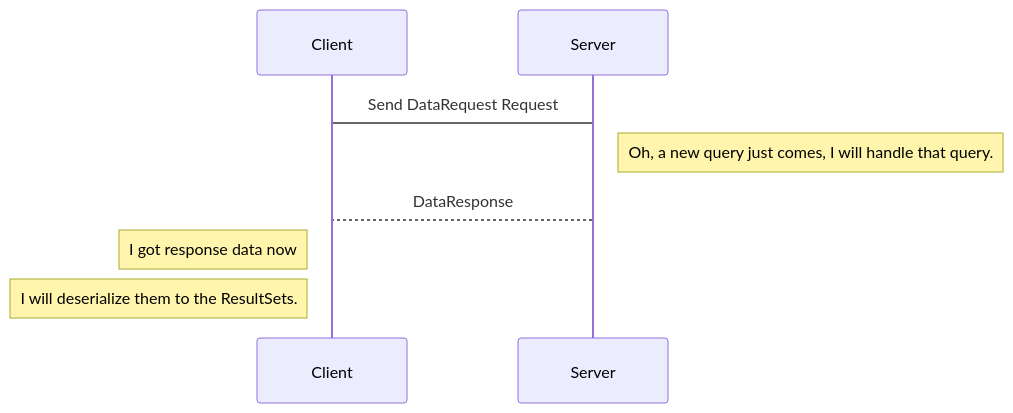
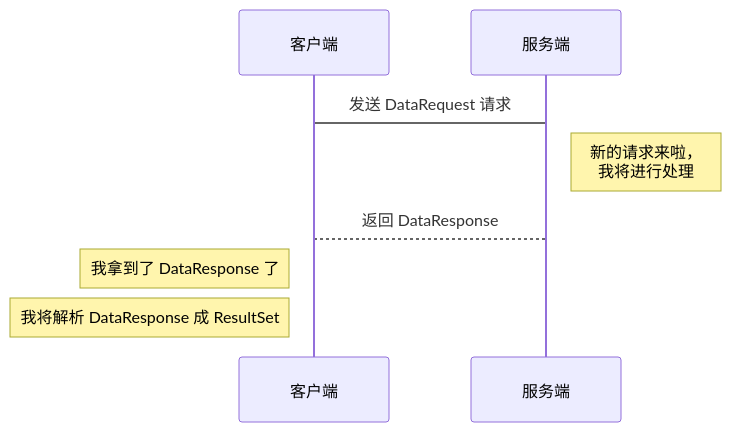
One commit to housepower/ClickHouse-Native-JDBC changed the second of 3 diagrams in docs/zh/deep-dive/native_protocol.md. Above: the diagram before and after it, drawn with Mermaid. The commit also changed other lines of this file, not shown here.

````diff
--- a/docs/zh/deep-dive/native_protocol.md
+++ b/docs/zh/deep-dive/native_protocol.md
@@ -26,8 +26,8 @@
 ```mermaid
 sequenceDiagram
-Client -> Server: Send DataRequest Request
-Note right of Server: Oh, a new query just comes, I will handle that query.
-Server --> Client: DataResponse
-Note left of Client: I got response data now
-Note left of Client: I will deserialize them to the ResultSets.
+客户端 -> 服务端: 发送 DataRequest 请求
+Note right of 服务端: 新的请求来啦，<br/> 我将进行处理
+服务端 --> 客户端: 返回 DataResponse
+Note left of 客户端: 我拿到了 DataResponse 了
+Note left of 客户端: 我将解析 DataResponse 成 ResultSet
 ```
````
